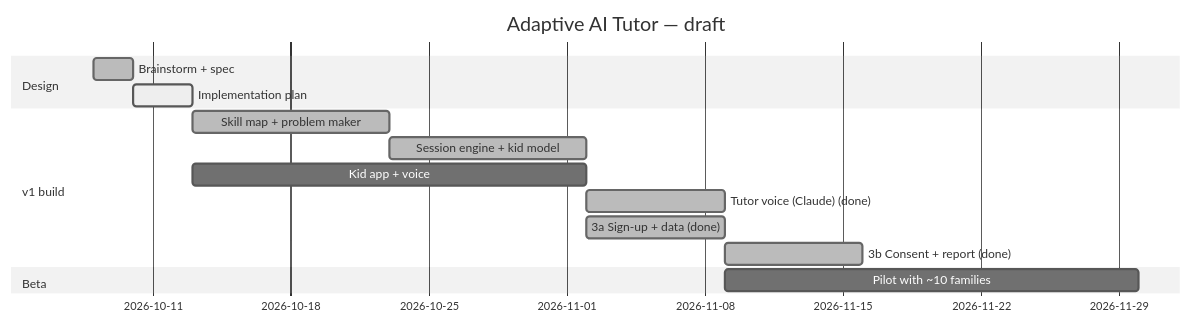
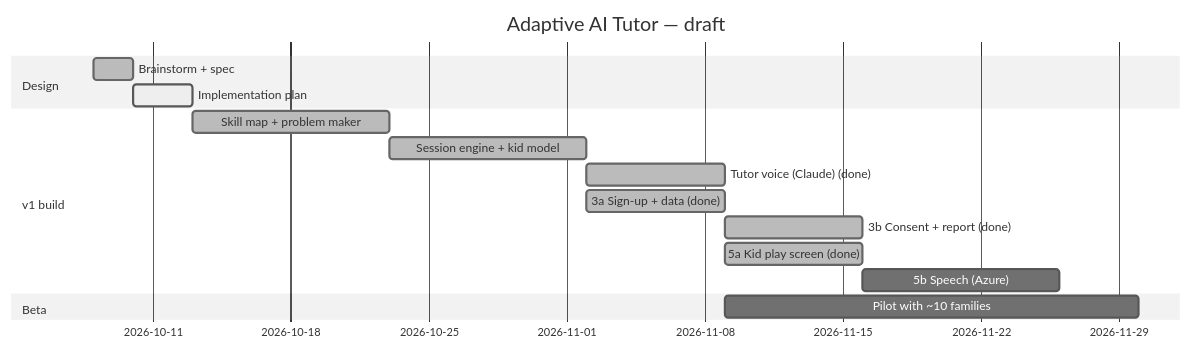
The diagram in vault/05 Roadmap/Roadmap.md (andrejovnarski/ai-tutor), drawn with Mermaid (neutral theme) before and after one commit. The commit also changed 1 other file, not shown here.

Commit message:
docs: roadmap — 5a screen done; speech vendor Azure

````diff
--- a/vault/05 Roadmap/Roadmap.md
+++ b/vault/05 Roadmap/Roadmap.md
@@ -9,17 +9,18 @@
 ```mermaid
 gantt
   title Adaptive AI Tutor — draft
   dateFormat YYYY-MM-DD
   section Design
   Brainstorm + spec         :done, d1, 2026-10-08, 2d
   Implementation plan       :active, d2, after d1, 3d
   section v1 build
   Skill map + problem maker :done, b1, after d2, 10d
   Session engine + kid model:done, b2, after b1, 10d
-  Kid app + voice           :b3, after d2, 20d
   Tutor voice (Claude) (done) :done, b4, after b2, 7d
   3a Sign-up + data (done)  :done, b5a, after b2, 7d
   3b Consent + report (done) :done, b5b, after b5a, 7d
+  5a Kid play screen (done) :done, b3a, after b4, 7d
+  5b Speech (Azure)         :b3b, after b3a, 10d
   section Beta
   Pilot with ~10 families   :p1, after b4, 21d
 ```
````
